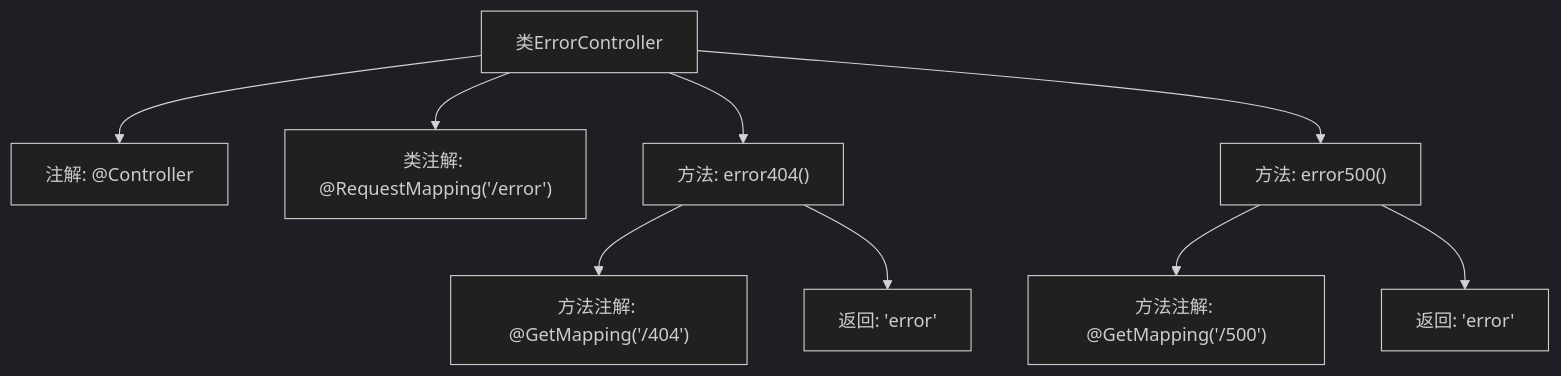
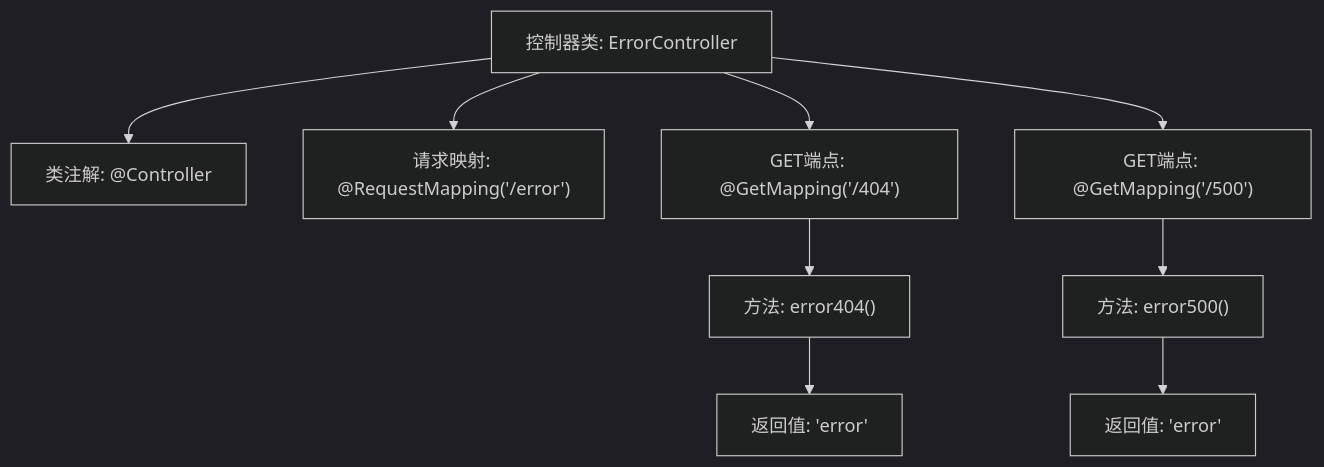
Before and after one commit to v-wjrong/imrrong_weixin-java-miniapp-demo: the second of 2 diagrams in docs/zh/docs/src/main/java/com/github/binarywang/demo/wx/miniapp/error/ErrorController.md, drawn with Mermaid (dark theme). The commit also changed other lines of this file and 51 other files, not shown here.

````diff
--- a/docs/zh/docs/src/main/java/com/github/binarywang/demo/wx/miniapp/error/ErrorController.md
+++ b/docs/zh/docs/src/main/java/com/github/binarywang/demo/wx/miniapp/error/ErrorController.md
@@ -57,21 +50,21 @@
 ```mermaid
 graph TD
-    A["类ErrorController"]
-    B["注解: @Controller"]
-    C["类注解: @RequestMapping('/error')"]
-    D["方法: error404()"]
-    E["方法注解: @GetMapping('/404')"]
-    F["返回: 'error'"]
-    G["方法: error500()"]
-    H["方法注解: @GetMapping('/500')"]
-    I["返回: 'error'"]
+    A["控制器类: ErrorController"]
+    B["类注解: @Controller"]
+    C["请求映射: @RequestMapping('/error')"]
+    D["GET端点: @GetMapping('/404')"]
+    E["方法: error404()"]
+    F["返回值: 'error'"]
+    G["GET端点: @GetMapping('/500')"]
+    H["方法: error500()"]
+    I["返回值: 'error'"]
 
     A --> B
     A --> C
     A --> D
     D --> E
-    D --> F
+    E --> F
     A --> G
     G --> H
-    G --> I
+    H --> I
 ```
````
